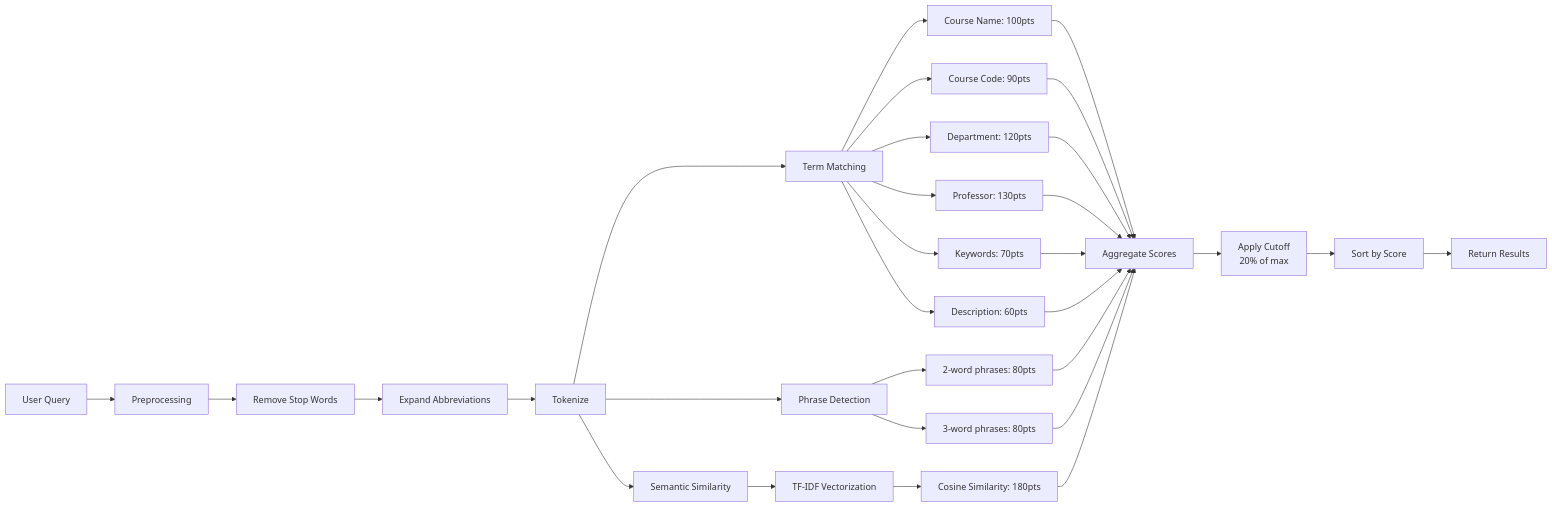
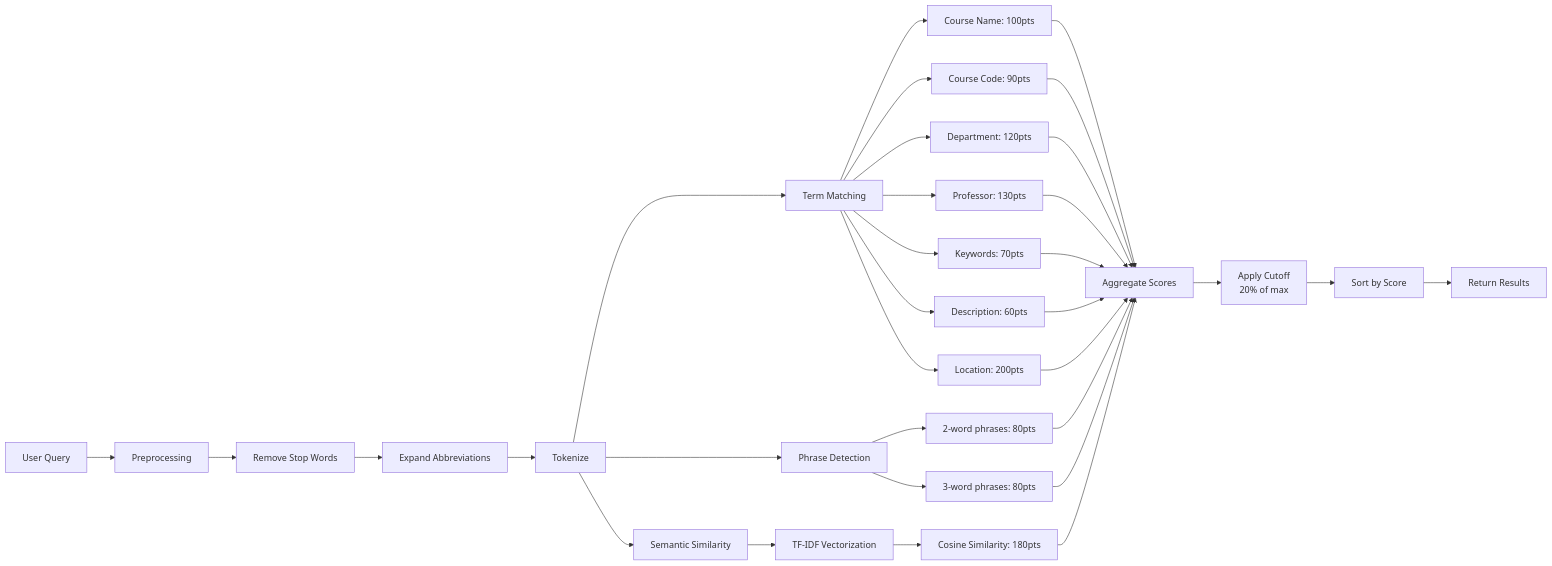
The fourth of 5 diagrams in README.md (ac-i2i-engineering/amherst-coursework), drawn with Mermaid before and after one commit. The commit also changed other lines of this file and 6 other files, not shown here.

````diff
--- a/README.md
+++ b/README.md
@@ -333,37 +333,39 @@
 ```mermaid
 graph LR
     A[User Query] --> B[Preprocessing]
     B --> C[Remove Stop Words]
     C --> D[Expand Abbreviations]
     D --> E[Tokenize]
     
     E --> F[Term Matching]
     F --> G[Course Name: 100pts]
     F --> H[Course Code: 90pts]
     F --> I[Department: 120pts]
     F --> J[Professor: 130pts]
     F --> K[Keywords: 70pts]
     F --> L[Description: 60pts]
+    F --> LA[Location: 200pts]
     
     E --> M[Phrase Detection]
     M --> N[2-word phrases: 80pts]
     M --> O[3-word phrases: 80pts]
     
     E --> P[Semantic Similarity]
     P --> Q[TF-IDF Vectorization]
     Q --> R[Cosine Similarity: 180pts]
     
     G --> S[Aggregate Scores]
     H --> S
     I --> S
     J --> S
     K --> S
     L --> S
+    LA --> S
     N --> S
     O --> S
     R --> S
     
     S --> T[Apply Cutoff<br/>20% of max]
     T --> U[Sort by Score]
     U --> V[Return Results]
 ```
````
